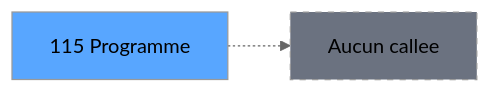
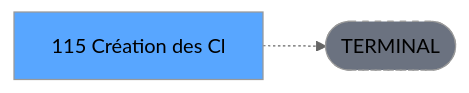
One commit to thonyAGP/lecteur-magic changed the third of 3 diagrams in .openspec/specs/ADH-IDE-115.md. Above: the diagram before and after it, drawn with Mermaid (neutral theme). The commit also changed other lines of this file and 701 other files, not shown here.

````diff
--- a/.openspec/specs/ADH-IDE-115.md
+++ b/.openspec/specs/ADH-IDE-115.md
@@ -142,8 +136,8 @@
 ```mermaid
 graph LR
-    T[115 Programme]
-    NONE[Aucun callee]
-    T -.-> NONE
+    T[115 Création des Cl]
+    TERM([TERMINAL])
+    T -.-> TERM
+    style TERM fill:#6b7280,stroke-dasharray: 5 5
     style T fill:#58a6ff,color:#000
-    style NONE fill:#6b7280,stroke-dasharray: 5 5
 ```
````
